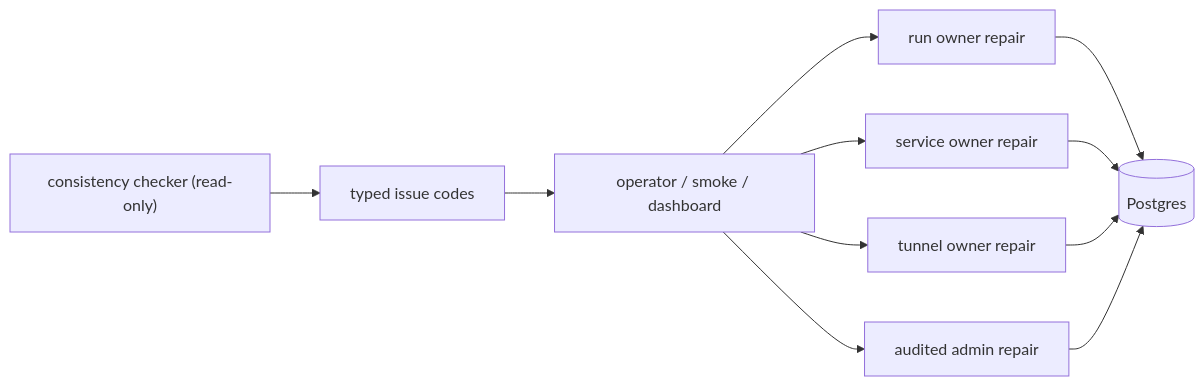
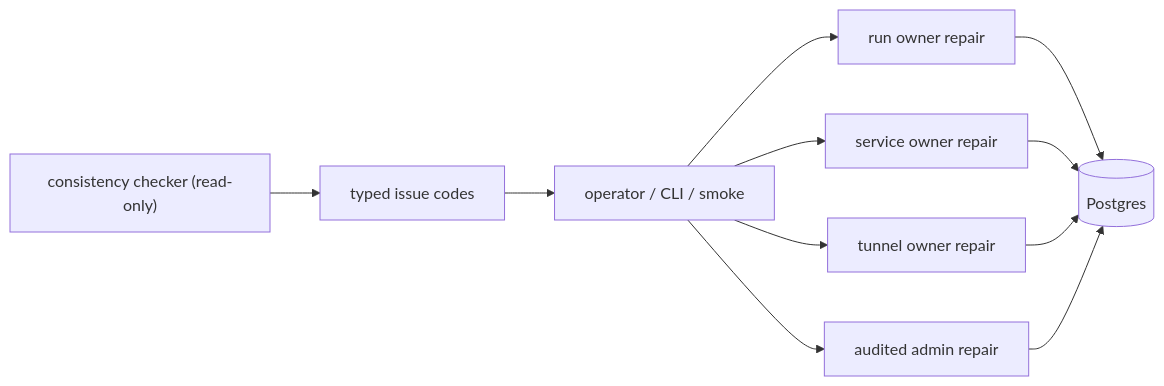
Before and after one commit to cofy-x/axern: the first of 2 diagrams in control/controld/docs/consistency-repair-boundaries.md, drawn with Mermaid. The commit also changed other lines of this file and 87 other files, not shown here.

````diff
--- a/control/controld/docs/consistency-repair-boundaries.md
+++ b/control/controld/docs/consistency-repair-boundaries.md
@@ -23,13 +23,13 @@
 ```mermaid
 flowchart LR
   Checker["consistency checker (read-only)"] --> Issues["typed issue codes"]
-  Issues --> Operator["operator / smoke / dashboard"]
+  Issues --> Operator["operator / CLI / smoke"]
   Operator --> Run["run owner repair"]
   Operator --> Service["service owner repair"]
   Operator --> Tunnel["tunnel owner repair"]
   Operator --> Admin["audited admin repair"]
   Run --> DB[("Postgres")]
   Service --> DB
   Tunnel --> DB
   Admin --> DB
 ```
````
